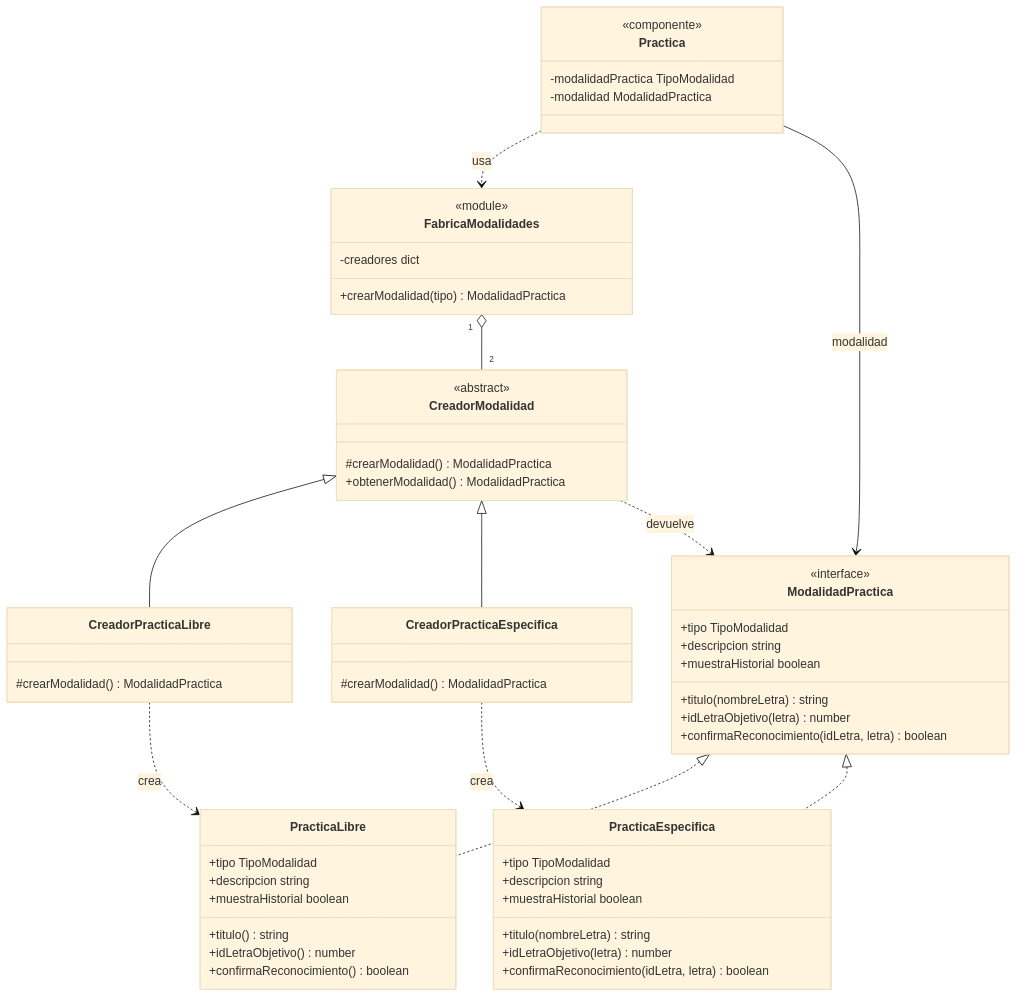
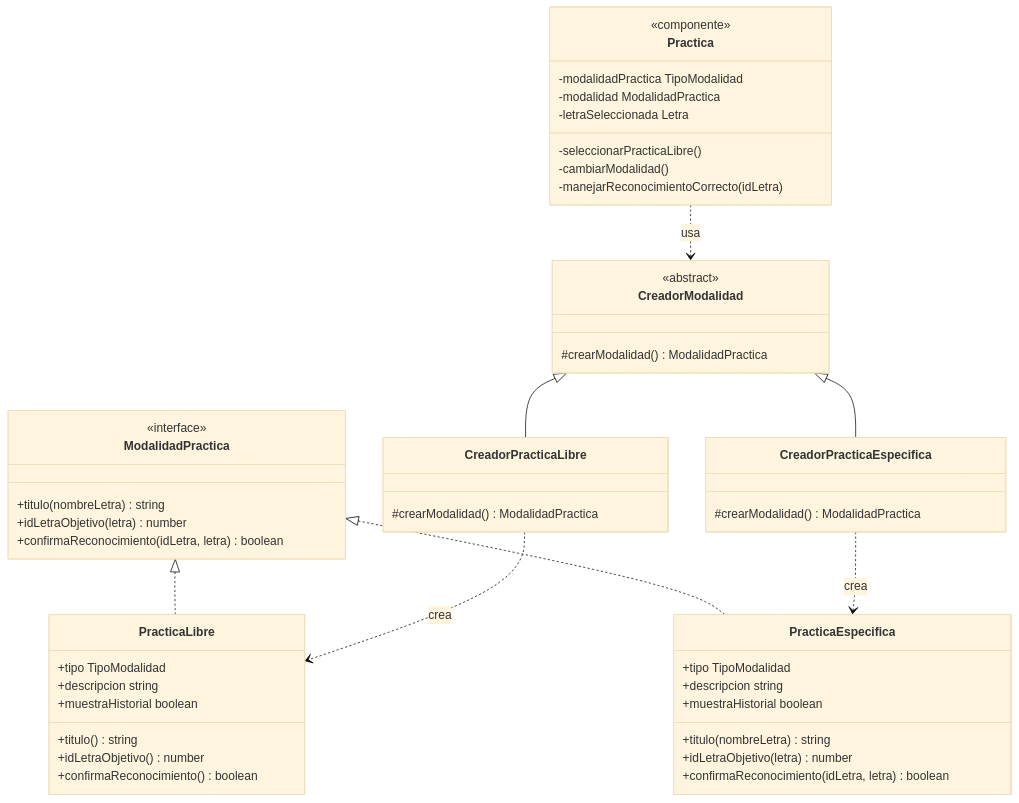
One commit to puj-course/FIS_2630_1204_G4 changed the second of 2 diagrams in docs/diagramas/PatronesFactoryMethod.md. Above: the diagram before and after it, drawn with Mermaid (base theme).

Commit message:
📝 docs(frontend): documentar diagramas de componentes y clases de Factory Method

````diff
--- a/docs/diagramas/PatronesFactoryMethod.md
+++ b/docs/diagramas/PatronesFactoryMethod.md
@@ -13,69 +13,60 @@
 ```mermaid
 classDiagram
     direction TB
 
     class ModalidadPractica {
         <<interface>>
-        +tipo TipoModalidad
-        +descripcion string
-        +muestraHistorial boolean
         +titulo(nombreLetra) string
         +idLetraObjetivo(letra) number
         +confirmaReconocimiento(idLetra, letra) boolean
     }
 
     class PracticaLibre {
         +tipo TipoModalidad
         +descripcion string
         +muestraHistorial boolean
         +titulo() string
         +idLetraObjetivo() number
         +confirmaReconocimiento() boolean
     }
 
     class PracticaEspecifica {
         +tipo TipoModalidad
         +descripcion string
         +muestraHistorial boolean
         +titulo(nombreLetra) string
         +idLetraObjetivo(letra) number
         +confirmaReconocimiento(idLetra, letra) boolean
     }
 
     class CreadorModalidad {
         <<abstract>>
         #crearModalidad() ModalidadPractica
-        +obtenerModalidad() ModalidadPractica
     }
 
     class CreadorPracticaLibre {
         #crearModalidad() ModalidadPractica
     }
 
     class CreadorPracticaEspecifica {
         #crearModalidad() ModalidadPractica
     }
 
-    class FabricaModalidades {
-        <<module>>
-        -creadores dict
-        +crearModalidad(tipo) ModalidadPractica
-    }
-
     class Practica {
         <<componente>>
         -modalidadPractica TipoModalidad
         -modalidad ModalidadPractica
+        -letraSeleccionada Letra
+        -seleccionarPracticaLibre()
+        -cambiarModalidad()
+        -manejarReconocimientoCorrecto(idLetra)
     }
 
     ModalidadPractica <|.. PracticaLibre
     ModalidadPractica <|.. PracticaEspecifica
     CreadorModalidad <|-- CreadorPracticaLibre
     CreadorModalidad <|-- CreadorPracticaEspecifica
     CreadorPracticaLibre ..> PracticaLibre : crea
     CreadorPracticaEspecifica ..> PracticaEspecifica : crea
-    CreadorModalidad ..> ModalidadPractica : devuelve
-    FabricaModalidades "1" o-- "2" CreadorModalidad
-    Practica ..> FabricaModalidades : usa
-    Practica --> ModalidadPractica : modalidad
+    Practica ..> CreadorModalidad : usa
 ```
````
